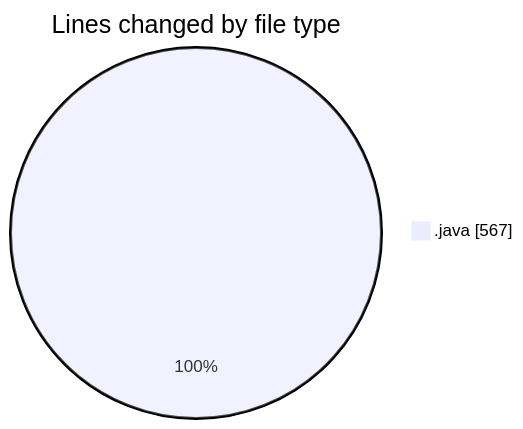
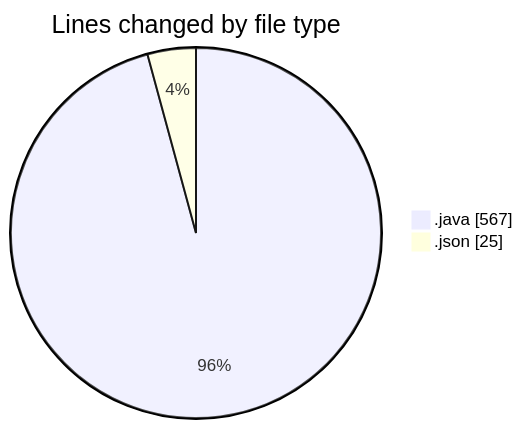
Before and after one commit to ricardozamudiocil/code-tracking: the first of 2 diagrams in 2026-06-26/cilapp/README.md, drawn with Mermaid. The commit also changed other lines of this file and 1 other file, not shown here.

````diff
--- a/2026-06-26/cilapp/README.md
+++ b/2026-06-26/cilapp/README.md
@@ -20,5 +21,6 @@
 ```mermaid
 pie showData
 title Lines changed by file type
 ".java" : 567
+".json" : 25
 ```
````
